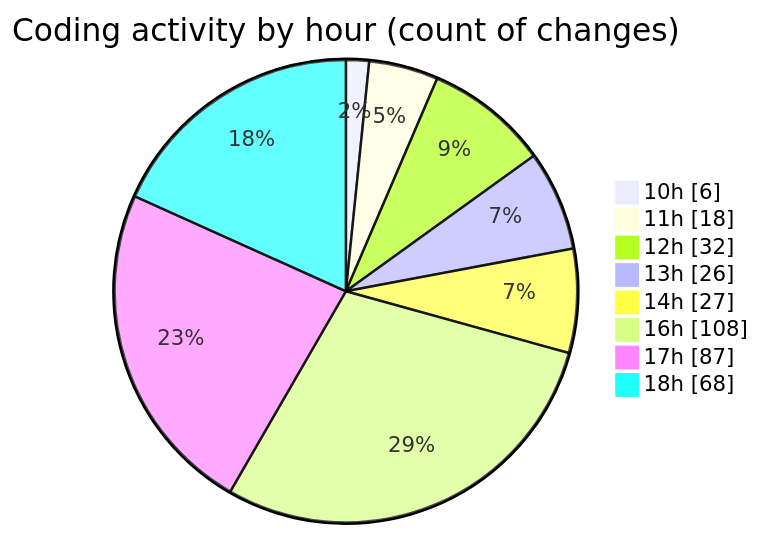
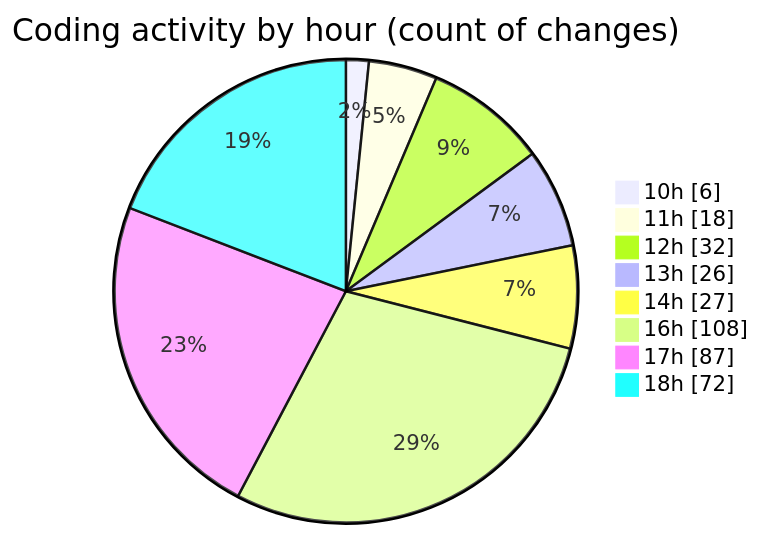
Before and after one commit to momahboobian/code-tracking: the second of 2 diagrams in 2026-09-03/cda/README.md, drawn with Mermaid. The commit also changed other lines of this file and 1 other file, not shown here.

````diff
--- a/2026-09-03/cda/README.md
+++ b/2026-09-03/cda/README.md
@@ -113,12 +115,12 @@
 ```mermaid
 pie showData
 title Coding activity by hour (count of changes)
 "10h" : 6
 "11h" : 18
 "12h" : 32
 "13h" : 26
 "14h" : 27
 "16h" : 108
 "17h" : 87
-"18h" : 68
+"18h" : 72
 ```
````
